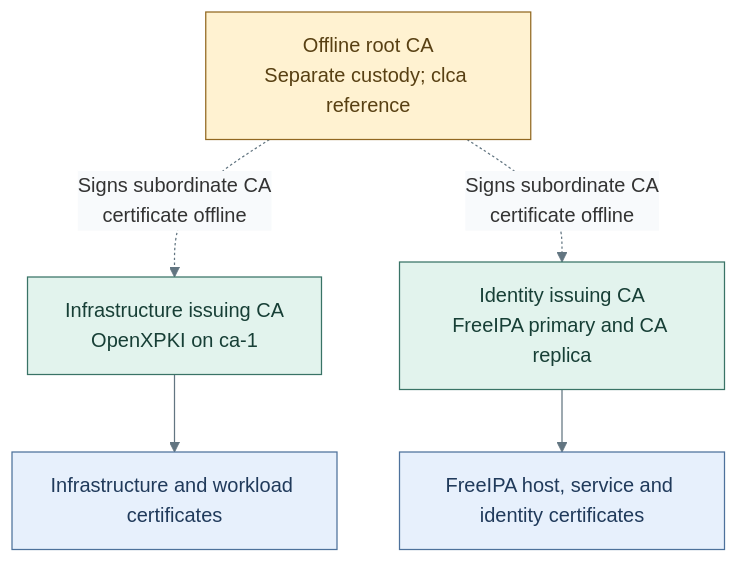
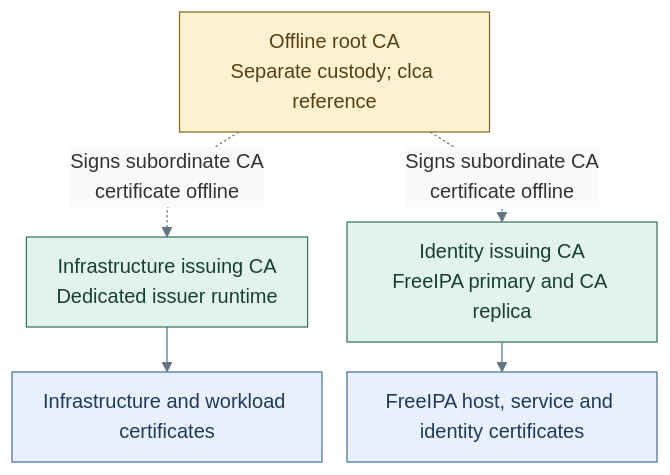
Before and after one commit to Rexus/homelab: the first of 2 diagrams in docs/architecture/cryptography/certificate-authority.md, drawn with Mermaid. The commit also changed other lines of this file and 60 other files, not shown here.

Commit message:
docs(diagrams): align architecture and deployment views with IaC

````diff
--- a/docs/architecture/cryptography/certificate-authority.md
+++ b/docs/architecture/cryptography/certificate-authority.md
@@ -21,20 +21,20 @@
 ```mermaid
-%%{init: {"theme":"base","themeVariables":{"lineColor":"#627581","edgeLabelBackground":"#f8fafc"}}}%%
+%%{init: {"theme":"base","flowchart":{"nodeSpacing":20,"rankSpacing":24,"padding":12,"subGraphTitleMargin":{"top":4,"bottom":12}},"themeVariables":{"lineColor":"#627581","edgeLabelBackground":"#f8fafc"}}}%%
 flowchart TB
   Root["Offline root CA<br/>Separate custody; clca reference"]
-  Infrastructure["Infrastructure issuing CA<br/>OpenXPKI on ca-1"]
+  Infrastructure["Infrastructure issuing CA<br/>Dedicated issuer runtime"]
   Identity["Identity issuing CA<br/>FreeIPA primary and CA replica"]
   Services["Infrastructure and workload certificates"]
   Hosts["FreeIPA host, service and identity certificates"]
   Root -.->|Signs subordinate CA<br/>certificate offline| Infrastructure
   Root -.->|Signs subordinate CA<br/>certificate offline| Identity
   Infrastructure --> Services
   Identity --> Hosts
   classDef default fill:#f8fafc,stroke:#64748b,color:#1f2937
   classDef custody fill:#fff2d1,stroke:#926820,color:#584013
   classDef control fill:#e2f3ed,stroke:#397366,color:#173f36
   classDef services fill:#e7f0fc,stroke:#4d719b,color:#203a5b
   class Root custody
   class Infrastructure,Identity control
   class Services,Hosts services
 ```
````
